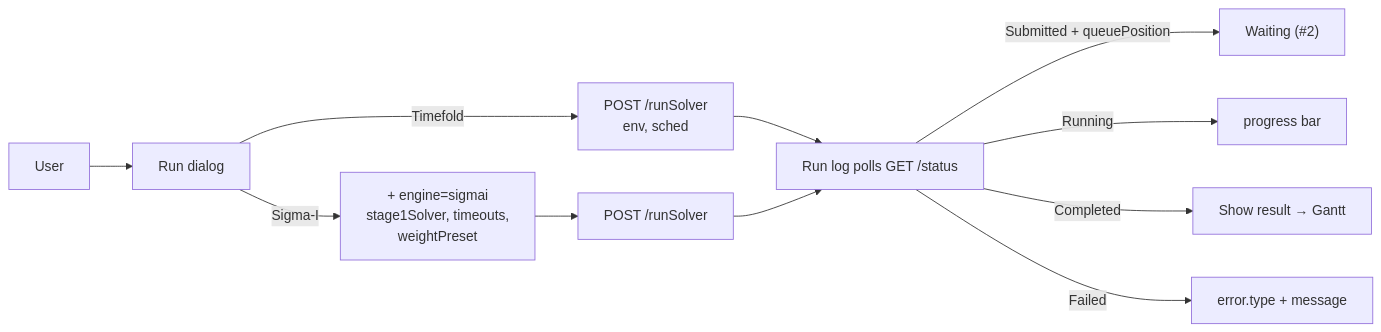
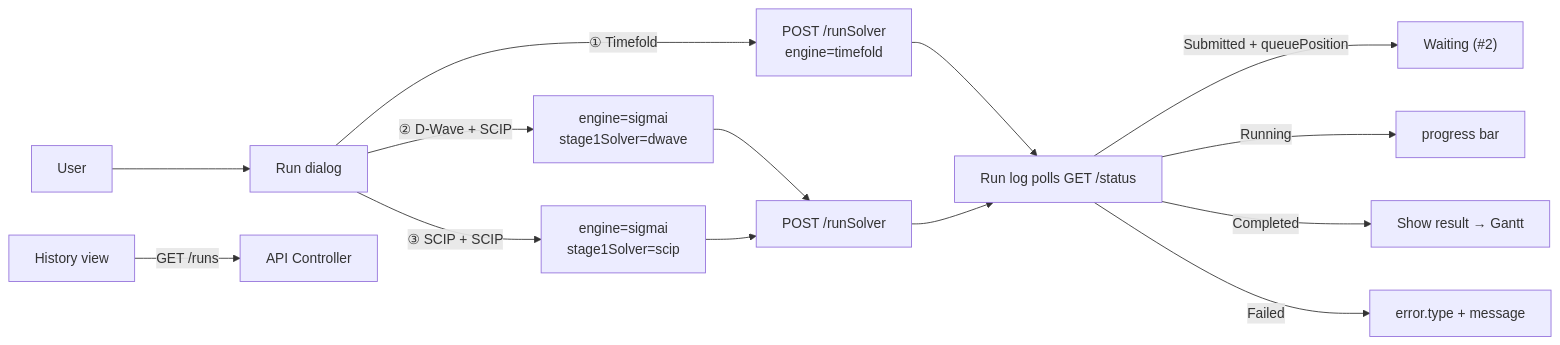
Before and after one commit to WhiTeXCharGe/TF_Testing: the eighth of 10 diagrams in SigmaI/SigmaI_Azure_DetailedDesign20261013.md, drawn with Mermaid. The commit also changed other lines of this file and 2 other files, not shown here.

Commit message:
update implementation plan for sigmaAI

````diff
--- a/SigmaI/SigmaI_Azure_DetailedDesign20261013.md
+++ b/SigmaI/SigmaI_Azure_DetailedDesign20261013.md
@@ -452,13 +695,16 @@
 ```mermaid
 flowchart LR
     U["User"] --> D["Run dialog"]
-    D -->|"Timefold"| T["POST /runSolver<br/>env, sched"]
-    D -->|"Sigma-I"| O["+ engine=sigmai<br/>stage1Solver, timeouts,<br/>weightPreset"]
-    O --> T2["POST /runSolver"]
+    D -->|"① Timefold"| T["POST /runSolver<br/>engine=timefold"]
+    D -->|"② D-Wave + SCIP"| O2["engine=sigmai<br/>stage1Solver=dwave"]
+    D -->|"③ SCIP + SCIP"| O3["engine=sigmai<br/>stage1Solver=scip"]
+    O2 --> T2["POST /runSolver"]
+    O3 --> T2
     T --> L["Run log polls GET /status"]
     T2 --> L
     L -->|"Submitted + queuePosition"| Q["Waiting (#2)"]
     L -->|"Running"| R["progress bar"]
     L -->|"Completed"| S["Show result → Gantt"]
     L -->|"Failed"| E["error.type + message"]
+    H["History view"] -->|"GET /runs"| API["API Controller"]
 ```
````
